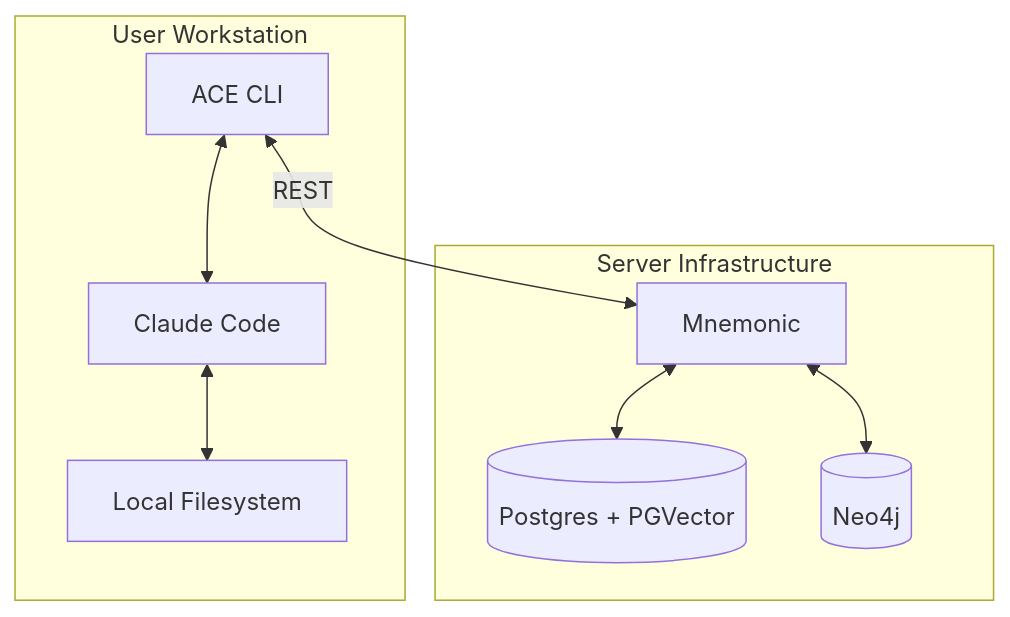
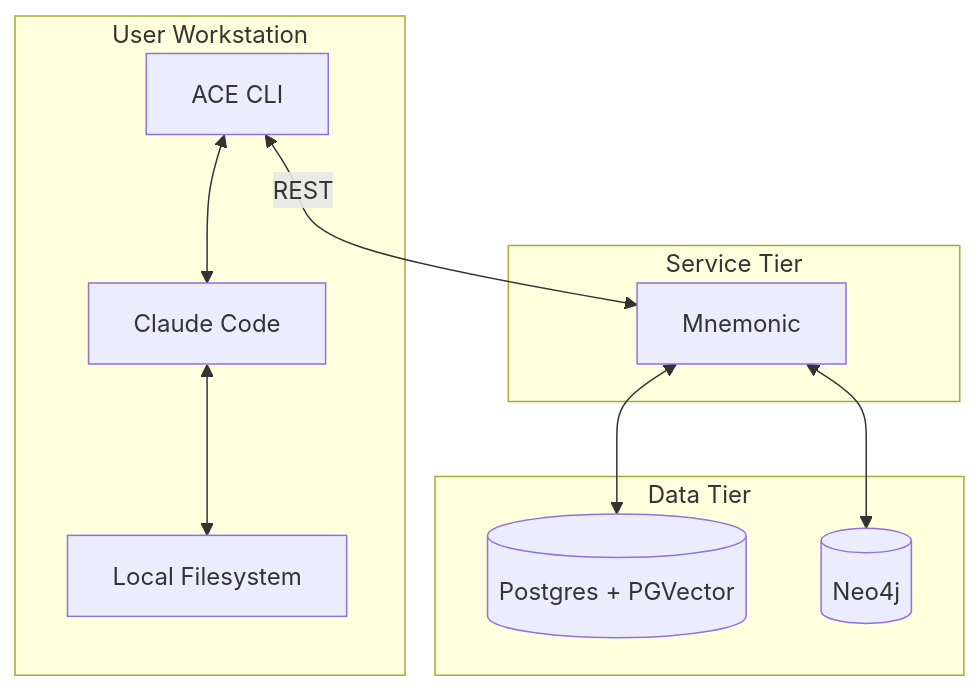
One commit to twistingmercury/mnemonic-mcp changed the first of 6 diagrams in docs/architecture/03-system-architecture.md. Above: the diagram before and after it, drawn with Mermaid. The commit also changed other lines of this file and 18 other files, not shown here.

````diff
--- a/docs/architecture/03-system-architecture.md
+++ b/docs/architecture/03-system-architecture.md
@@ -20,20 +20,23 @@
 ```mermaid
 graph TB
     subgraph "User Workstation"
         CLI[ACE CLI]
         CC[Claude Code]
         FS[Local Filesystem]
     end
 
-    subgraph "Server Infrastructure"
+    subgraph "Service Tier"
         MN[Mnemonic]
+    end
+
+    subgraph "Data Tier"
         PG[(Postgres + PGVector)]
         NEO[(Neo4j)]
     end
 
     CLI <-->|"REST"| MN
     MN <--> PG
     MN <--> NEO
     CLI <--> CC
     CC <--> FS
 ```
````
